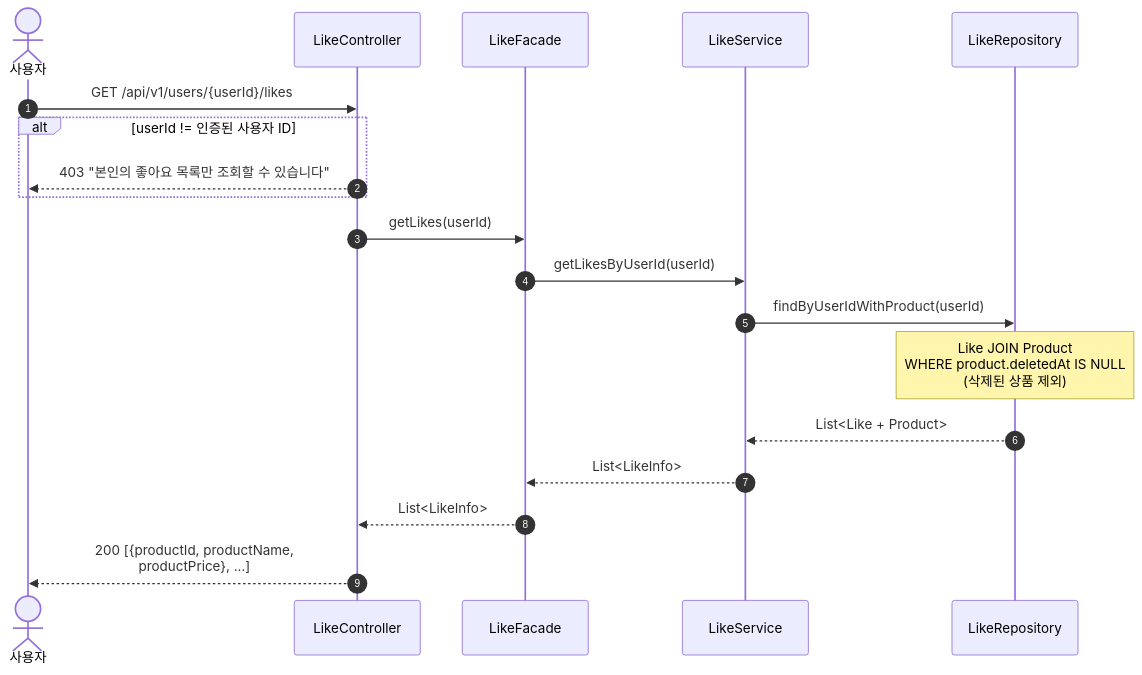
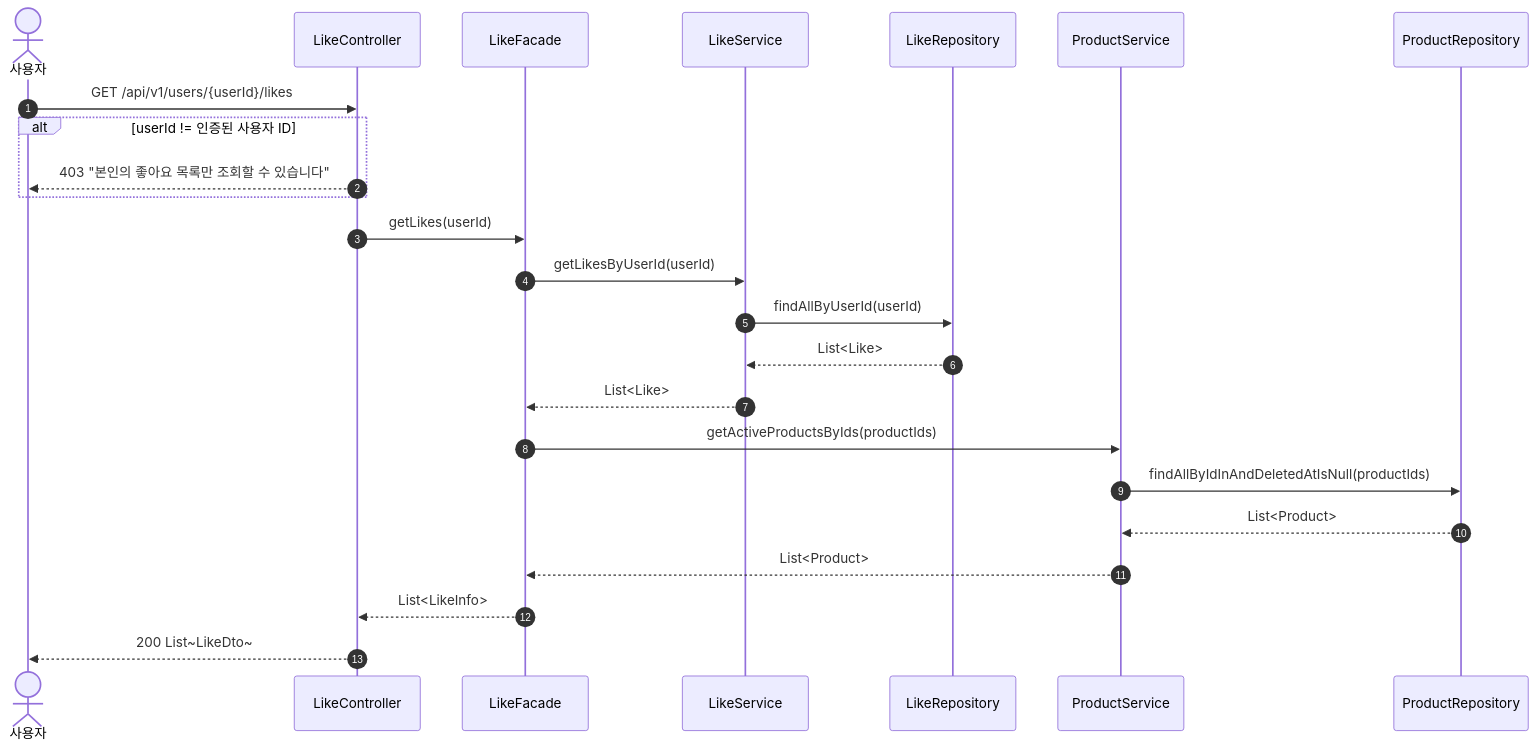
One commit to Loopers-dev-lab/loop-pack-be-l2-vol3-kotlin changed diagram 16 of 21 in docs/design/02-sequence-diagrams.md. Above: the diagram before and after it, drawn with Mermaid. The commit also changed other lines of this file and 4 other files, not shown here.

````diff
--- a/docs/design/02-sequence-diagrams.md
+++ b/docs/design/02-sequence-diagrams.md
@@ -591,23 +592,28 @@
 ```mermaid
 sequenceDiagram
     autonumber
     actor User as 사용자
     participant C as LikeController
     participant F as LikeFacade
     participant LS as LikeService
     participant LR as LikeRepository
+    participant PS as ProductService
+    participant PR as ProductRepository
     User ->> C: GET /api/v1/users/{userId}/likes
 
     alt userId != 인증된 사용자 ID
         C -->> User: 403 "본인의 좋아요 목록만 조회할 수 있습니다"
     end
 
     C ->> F: getLikes(userId)
     F ->> LS: getLikesByUserId(userId)
-    LS ->> LR: findByUserIdWithProduct(userId)
-    Note over LR: Like JOIN Product<br/>WHERE product.deletedAt IS NULL<br/>(삭제된 상품 제외)
-    LR -->> LS: List<Like + Product>
-    LS -->> F: List<LikeInfo>
+    LS ->> LR: findAllByUserId(userId)
+    LR -->> LS: List<Like>
+    LS -->> F: List<Like>
+    F ->> PS: getActiveProductsByIds(productIds)
+    PS ->> PR: findAllByIdInAndDeletedAtIsNull(productIds)
+    PR -->> PS: List<Product>
+    PS -->> F: List<Product>
     F -->> C: List<LikeInfo>
-    C -->> User: 200 [{productId, productName,<br/>productPrice}, ...]
+    C -->> User: 200 List~LikeDto~
 ```
````
